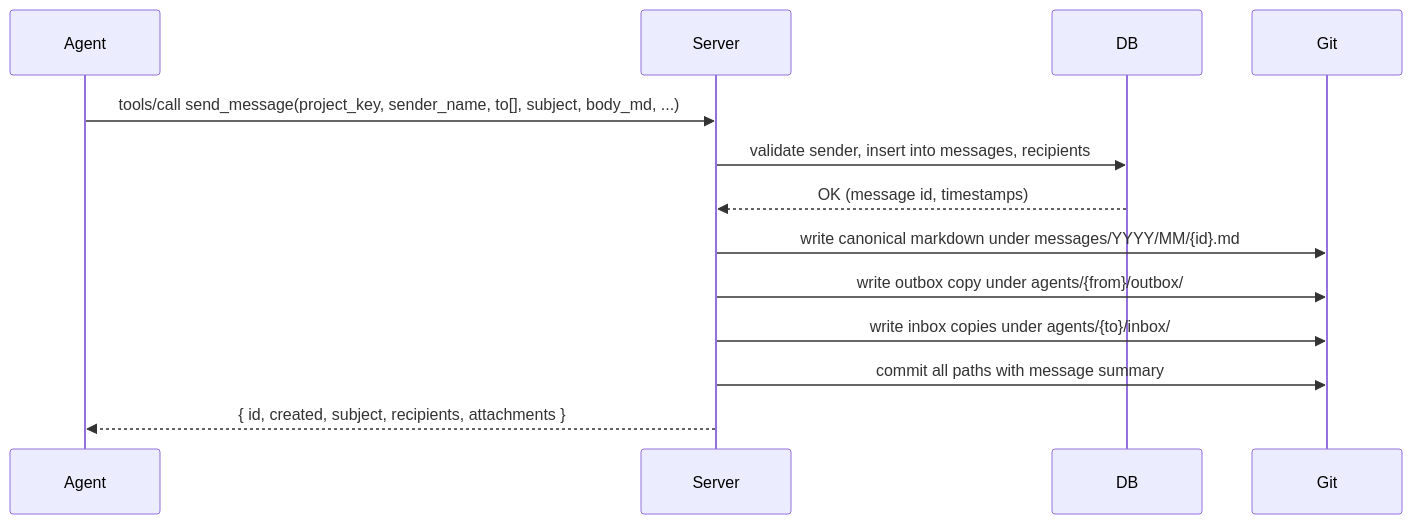
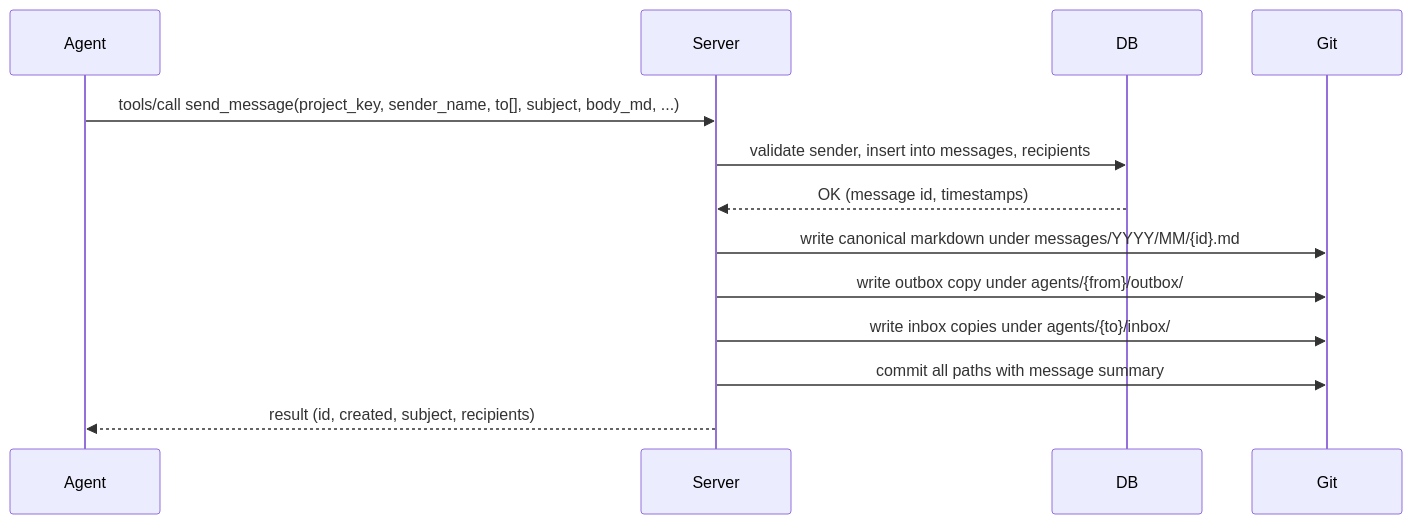
One commit to Dicklesworthstone/mcp_agent_mail changed the second of 4 diagrams in README.md. Above: the diagram before and after it, drawn with Mermaid. The commit also changed other lines of this file and 7 other files, not shown here.

````diff
--- a/README.md
+++ b/README.md
@@ -327,16 +327,16 @@
 ```mermaid
 sequenceDiagram
   participant Agent
   participant Server
   participant DB
   participant Git
 
   Agent->>Server: tools/call send_message(project_key, sender_name, to[], subject, body_md, ...)
   Server->>DB: validate sender, insert into messages, recipients
   DB-->>Server: OK (message id, timestamps)
   Server->>Git: write canonical markdown under messages/YYYY/MM/{id}.md
   Server->>Git: write outbox copy under agents/{from}/outbox/
   Server->>Git: write inbox copies under agents/{to}/inbox/
   Server->>Git: commit all paths with message summary
-  Server-->>Agent: { id, created, subject, recipients, attachments }
+  Server-->>Agent: result (id, created, subject, recipients)
 ```
````
